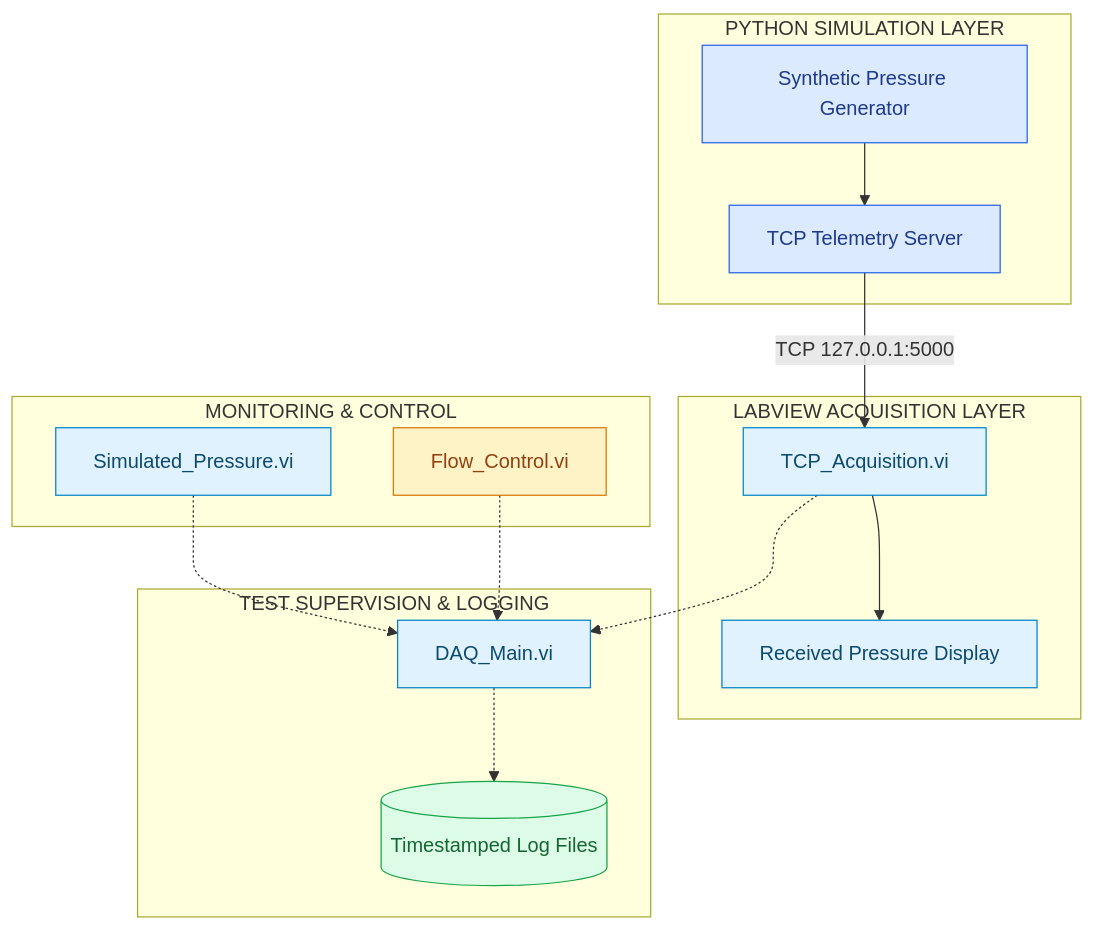
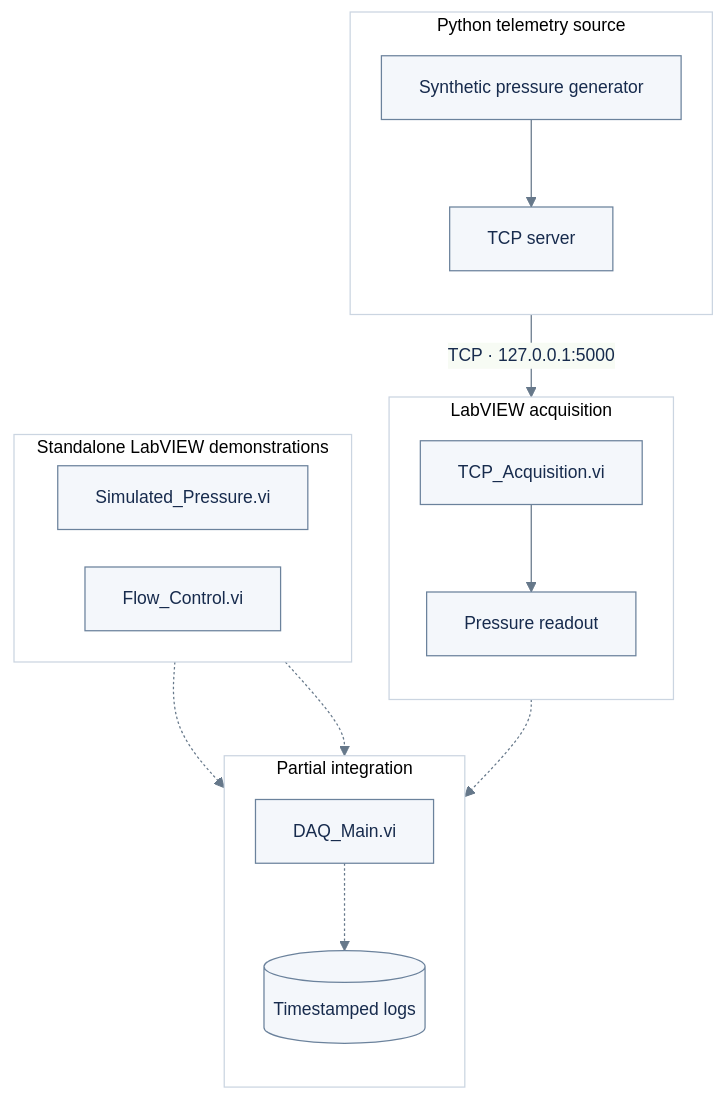
One commit to aniruddhac99/liquid-rocket-hotfire-daq-sim changed the diagram in README.md. Above: the diagram before and after it, drawn with Mermaid. The commit also changed other lines of this file, not shown here.

````diff
--- a/README.md
+++ b/README.md
@@ -30,41 +26,27 @@
 ```mermaid
-flowchart TD
-    subgraph SIM["PYTHON SIMULATION LAYER"]
-        PY["Synthetic Pressure Generator"]
-        SERVER["TCP Telemetry Server"]
-        PY --> SERVER
+%%{init: {"theme": "base", "themeVariables": {"fontFamily": "Arial", "fontSize": "14px", "primaryColor": "#f4f7fb", "primaryTextColor": "#172b4d", "primaryBorderColor": "#6b829c", "lineColor": "#66788a", "clusterBkg": "#ffffff", "clusterBorder": "#cbd5e1"}, "flowchart": {"curve": "basis", "nodeSpacing": 30, "rankSpacing": 45}}}%%
+flowchart TB
+    subgraph SOURCE["Python telemetry source"]
+        direction TB
+        PY["Synthetic pressure generator"] --> SERVER["TCP server"]
     end
-
-    subgraph ACQ["LABVIEW ACQUISITION LAYER"]
-        TCP["TCP_Acquisition.vi"]
-        DISPLAY["Received Pressure Display"]
-        TCP --> DISPLAY
+    subgraph ACQ["LabVIEW acquisition"]
+        direction TB
+        TCP["TCP_Acquisition.vi"] --> READOUT["Pressure readout"]
     end
-
-    subgraph CONTROL["MONITORING & CONTROL"]
+    subgraph LOCAL["Standalone LabVIEW demonstrations"]
+        direction LR
         PRESS["Simulated_Pressure.vi"]
         FLOW["Flow_Control.vi"]
     end
-
-    subgraph SUP["TEST SUPERVISION & LOGGING"]
-        MAIN["DAQ_Main.vi"]
-        LOG[("Timestamped Log Files")]
-        MAIN -.-> LOG
+    subgraph FUTURE["Partial integration"]
+        direction TB
+        MAIN["DAQ_Main.vi"] -.-> LOG[("Timestamped logs")]
     end
-
-    SERVER -->|"TCP 127.0.0.1:5000"| TCP
-
+    SERVER -->|"TCP · 127.0.0.1:5000"| TCP
     TCP -.-> MAIN
     PRESS -.-> MAIN
     FLOW -.-> MAIN
-
-    classDef python fill:#dbeafe,stroke:#2563eb,color:#1e3a8a
-    classDef labview fill:#e0f2fe,stroke:#0284c7,color:#0c4a6e
-    classDef safety fill:#fef3c7,stroke:#d97706,color:#92400e
-    classDef logging fill:#dcfce7,stroke:#16a34a,color:#166534
-
-    class PY,SERVER python
-    class TCP,DISPLAY,PRESS,MAIN labview
-    class FLOW safety
-    class LOG logging
+    classDef node fill:#f4f7fb,stroke:#6b829c,color:#172b4d,stroke-width:1px
+    class PY,SERVER,TCP,READOUT,PRESS,FLOW,MAIN,LOG node
 ```
````
